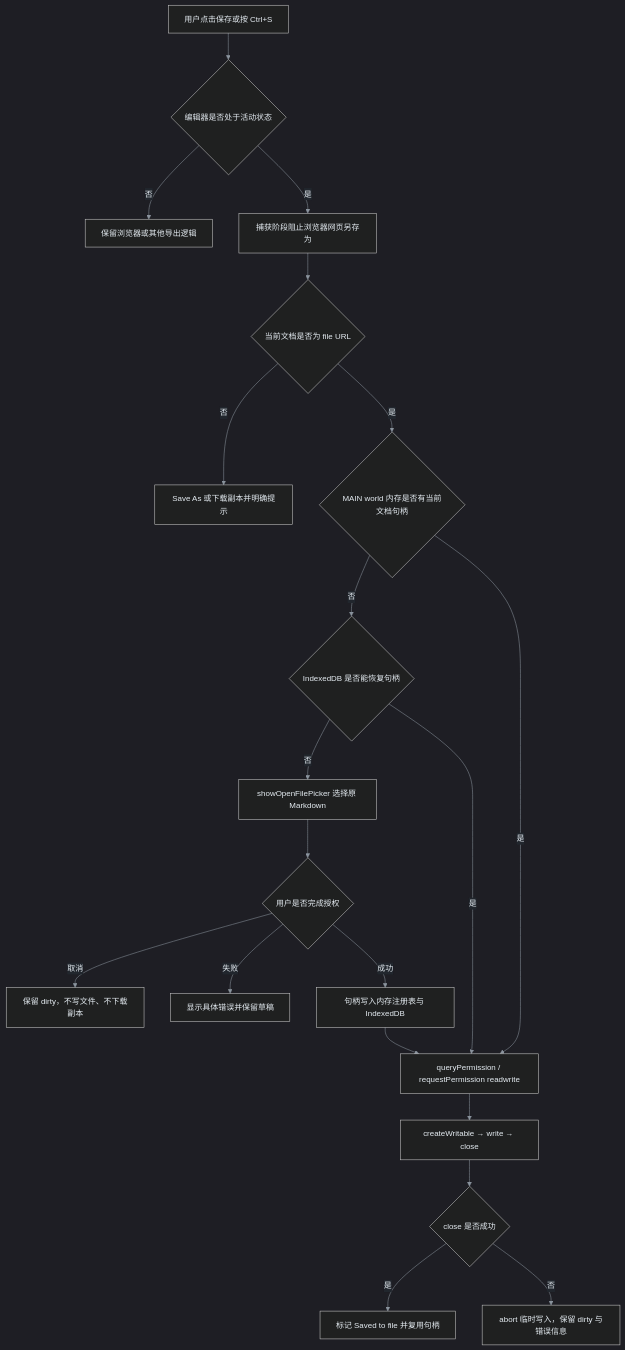
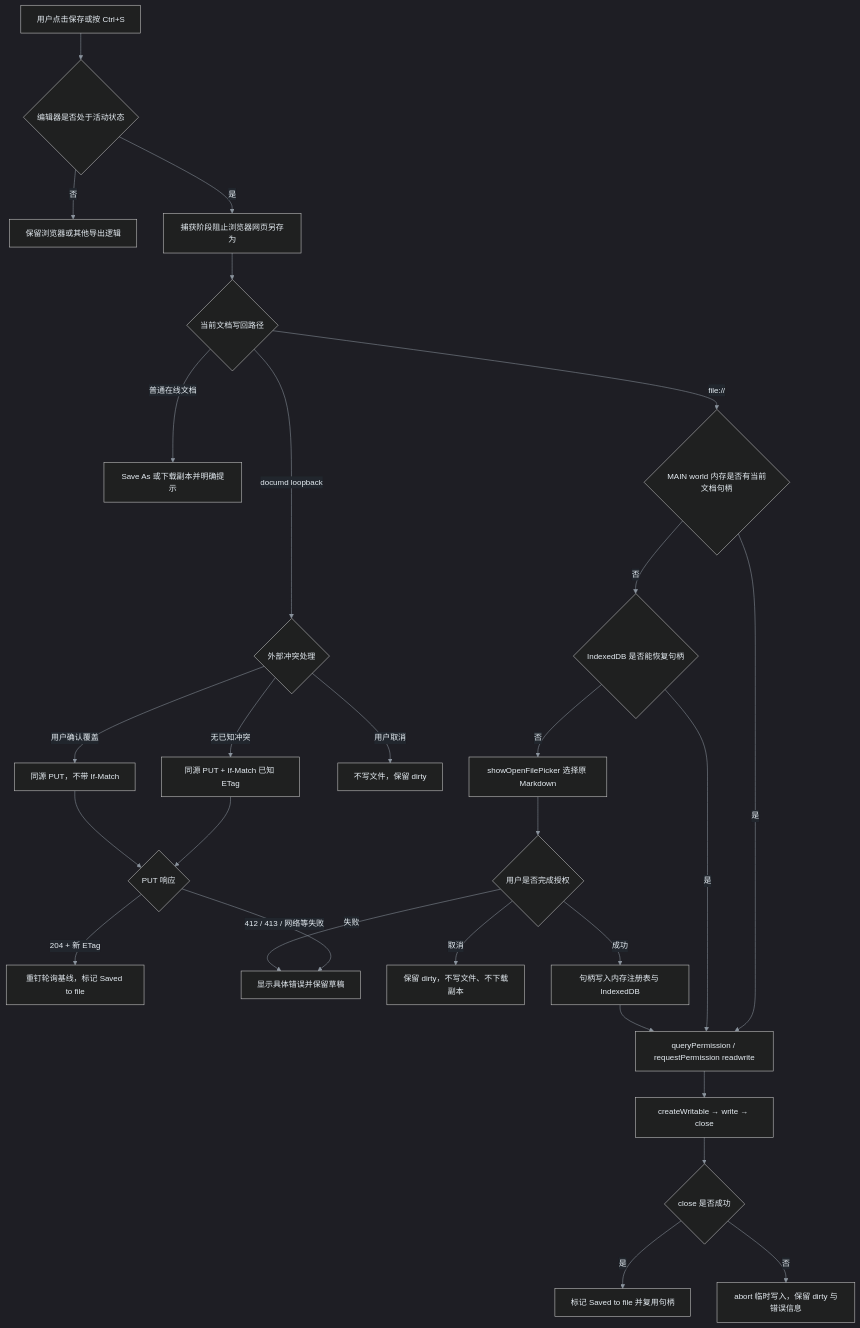
One commit to yeyangchen2009/markdown-viewer-extension changed the second of 3 diagrams in chrome/docs/markdown-source-save.md. Above: the diagram before and after it, drawn with Mermaid. The commit also changed other lines of this file, not shown here.

Commit message:
docs(loopback): 记录真实 Edge 验收与能力边界 (#15)

````diff
--- a/chrome/docs/markdown-source-save.md
+++ b/chrome/docs/markdown-source-save.md
@@ -85,23 +88,31 @@
 ```mermaid
 %%{init: {'theme':'dark','themeVariables':{'background':'#0d1117','primaryColor':'#1f6feb','primaryTextColor':'#ffffff','primaryBorderColor':'#79c0ff','secondaryColor':'#21262d','tertiaryColor':'#30363d','lineColor':'#8b949e','textColor':'#e6edf3','clusterBkg':'#161b22','clusterBorder':'#58a6ff','edgeLabelBackground':'#21262d','fontSize':'15px'}}}%%
 flowchart TD
   A["用户点击保存或按 Ctrl+S"] --> B{"编辑器是否处于活动状态"}
   B -->|"否"| C["保留浏览器或其他导出逻辑"]
   B -->|"是"| D["捕获阶段阻止浏览器网页另存为"]
-  D --> E{"当前文档是否为 file URL"}
-  E -->|"否"| F["Save As 或下载副本并明确提示"]
-  E -->|"是"| G{"MAIN world 内存是否有当前文档句柄"}
+  D --> E{"当前文档写回路径"}
+  E -->|"普通在线文档"| F["Save As 或下载副本并明确提示"]
+  E -->|"file://"| G{"MAIN world 内存是否有当前文档句柄"}
+  E -->|"documd loopback"| S{"外部冲突处理"}
+  S -->|"无已知冲突"| T["同源 PUT + If-Match 已知 ETag"]
+  S -->|"用户确认覆盖"| U["同源 PUT，不带 If-Match"]
+  S -->|"用户取消"| X["不写文件，保留 dirty"]
+  T --> V{"PUT 响应"}
+  U --> V
+  V -->|"204 + 新 ETag"| W["重钉轮询基线，标记 Saved to file"]
+  V -->|"412 / 413 / 网络等失败"| K["显示具体错误并保留草稿"]
   G -->|"否"| R{"IndexedDB 是否能恢复句柄"}
   R -->|"否"| H["showOpenFilePicker 选择原 Markdown"]
   H --> I{"用户是否完成授权"}
   I -->|"取消"| J["保留 dirty，不写文件、不下载副本"]
-  I -->|"失败"| K["显示具体错误并保留草稿"]
+  I -->|"失败"| K
   I -->|"成功"| L["句柄写入内存注册表与 IndexedDB"]
   G -->|"是"| M["queryPermission / requestPermission readwrite"]
   R -->|"是"| M
   L --> M
   M --> N["createWritable → write → close"]
   N --> O{"close 是否成功"}
   O -->|"是"| P["标记 Saved to file 并复用句柄"]
   O -->|"否"| Q["abort 临时写入，保留 dirty 与错误信息"]
 ```
````
